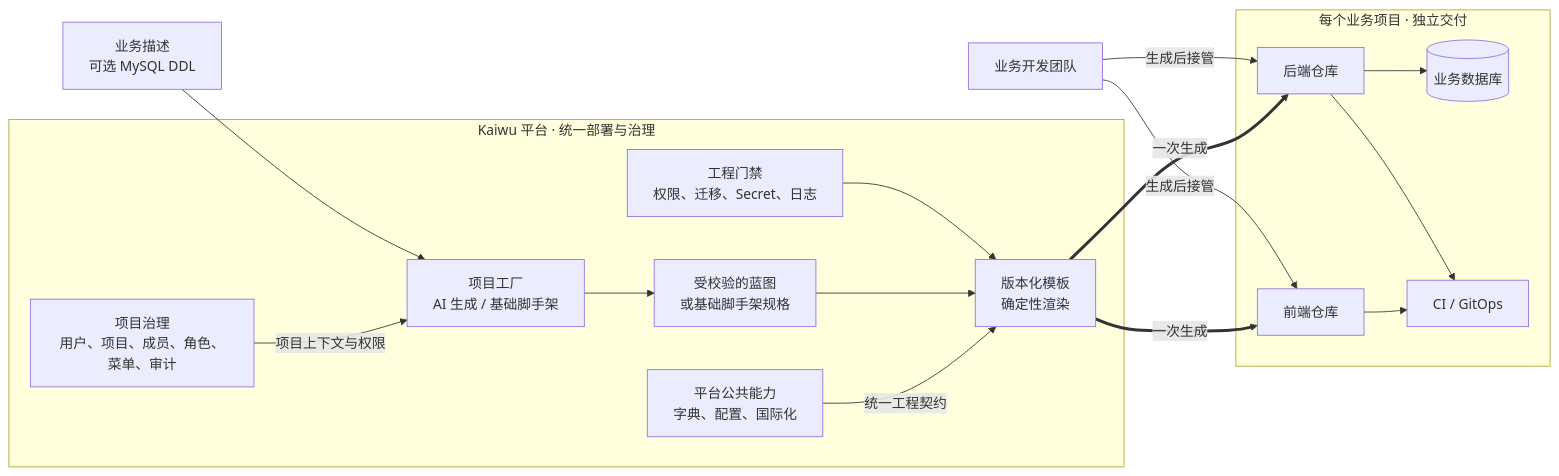
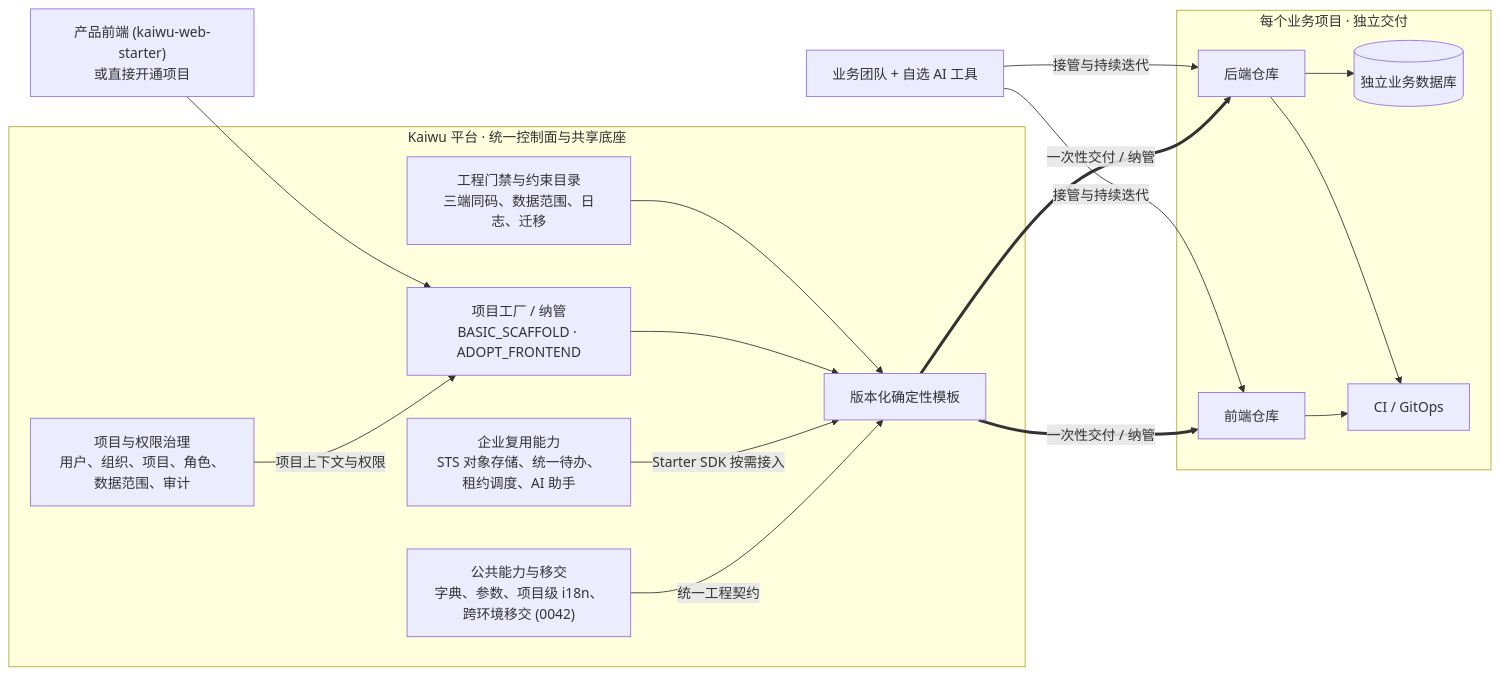
Before and after one commit to kaiwuzaidao/kaiwu-system-service: the first of 7 diagrams in docs/ARCHITECTURE-GUIDE.md, drawn with Mermaid. The commit also changed other lines of this file and 3 other files, not shown here.

````diff
--- a/docs/ARCHITECTURE-GUIDE.md
+++ b/docs/ARCHITECTURE-GUIDE.md
@@ -29,34 +28,35 @@
 ```mermaid
 flowchart LR
-    Demand["业务描述<br/>可选 MySQL DDL"]
+    Demand["产品前端 (kaiwu-web-starter)<br/>或直接开通项目"]
 
-    subgraph Kaiwu["Kaiwu 平台 · 统一部署与治理"]
-        Governance["项目治理<br/>用户、项目、成员、角色、菜单、审计"]
-        Metadata["平台公共能力<br/>字典、配置、国际化"]
-        Factory["项目工厂<br/>AI 生成 / 基础脚手架"]
-        Blueprint["受校验的蓝图<br/>或基础脚手架规格"]
-        Templates["版本化模板<br/>确定性渲染"]
-        Guardrails["工程门禁<br/>权限、迁移、Secret、日志"]
+    subgraph Kaiwu["Kaiwu 平台 · 统一控制面与共享底座"]
+        Governance["项目与权限治理<br/>用户、组织、项目、角色、数据范围、审计"]
+        Metadata["公共能力与移交<br/>字典、参数、项目级 i18n、跨环境移交 (0042)"]
+        Infra["企业复用能力<br/>STS 对象存储、统一待办、租约调度、AI 助手"]
+        Factory["项目工厂 / 纳管<br/>BASIC_SCAFFOLD · ADOPT_FRONTEND"]
+        Templates["版本化确定性模板"]
+        Guardrails["工程门禁与约束目录<br/>三端同码、数据范围、日志、迁移"]
 
         Governance -->|"项目上下文与权限"| Factory
         Metadata -->|"统一工程契约"| Templates
-        Factory --> Blueprint --> Templates
+        Infra -->|"Starter SDK 按需接入"| Templates
+        Factory --> Templates
         Guardrails --> Templates
     end
 
     subgraph Project["每个业务项目 · 独立交付"]
         BizWeb["前端仓库"]
         BizService["后端仓库"]
-        BizDB[("业务数据库")]
+        BizDB[("独立业务数据库")]
         Delivery["CI / GitOps"]
     end
 
     Demand --> Factory
-    Templates ==>|"一次生成"| BizWeb
-    Templates ==>|"一次生成"| BizService
+    Templates ==>|"一次性交付 / 纳管"| BizWeb
+    Templates ==>|"一次性交付 / 纳管"| BizService
     BizService --> BizDB
     BizWeb --> Delivery
     BizService --> Delivery
-    Developer["业务开发团队"] -->|"生成后接管"| BizWeb
-    Developer -->|"生成后接管"| BizService
+    Developer["业务团队 + 自选 AI 工具"] -->|"接管与持续迭代"| BizWeb
+    Developer -->|"接管与持续迭代"| BizService
 ```
````
